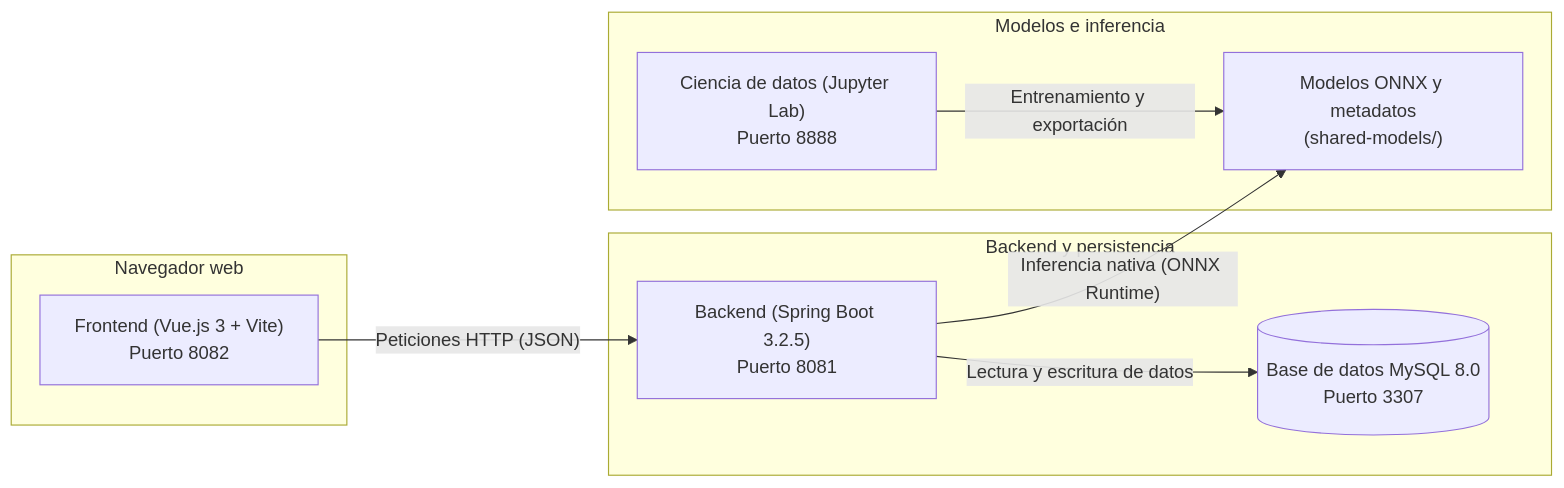
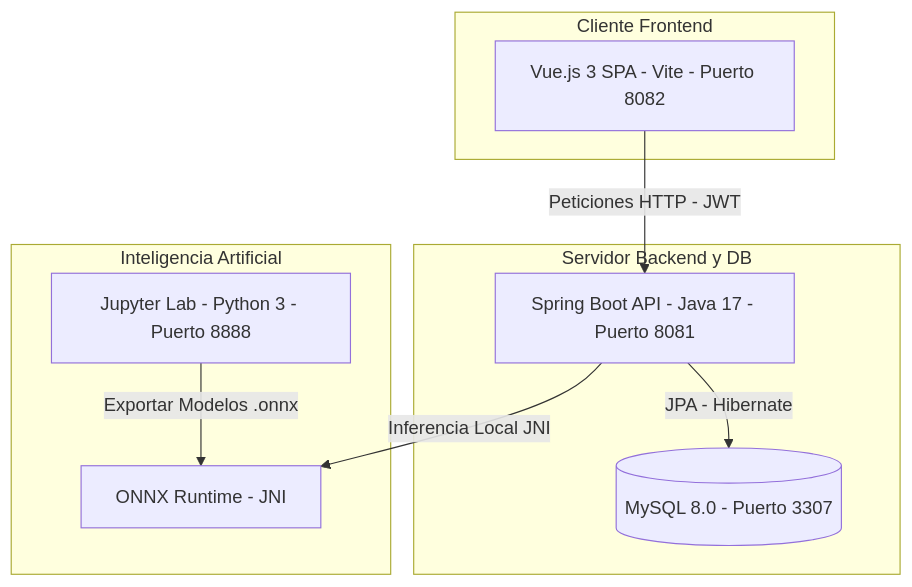
The first of 2 diagrams in README.md (No-Country-simulation/G9-LATAM-Team-11-FinanceAI), drawn with Mermaid before and after one commit. The commit also changed other lines of this file, not shown here.

````diff
--- a/README.md
+++ b/README.md
@@ -16,21 +63,21 @@
 ```mermaid
-flowchart LR
-    subgraph Usuario["Navegador web"]
-        UI["Frontend (Vue.js 3 + Vite)\nPuerto 8082"]
+flowchart TD
+    subgraph Client [Cliente Frontend]
+        UI[Vue.js 3 SPA - Vite - Puerto 8082]
     end
 
-    subgraph Servidor["Backend y persistencia"]
-        API["Backend (Spring Boot 3.2.5)\nPuerto 8081"]
-        DB[("Base de datos MySQL 8.0\nPuerto 3307")]
+    subgraph Server [Servidor Backend y DB]
+        API[Spring Boot API - Java 17 - Puerto 8081]
+        DB[(MySQL 8.0 - Puerto 3307)]
     end
 
-    subgraph InteligenciaArtificial["Modelos e inferencia"]
-        ONNX["Modelos ONNX y metadatos\n(shared-models/)"]
-        DS["Ciencia de datos (Jupyter Lab)\nPuerto 8888"]
+    subgraph AI [Inteligencia Artificial]
+        ONNX[ONNX Runtime - JNI]
+        Jupyter[Jupyter Lab - Python 3 - Puerto 8888]
     end
 
-    UI -->|"Peticiones HTTP (JSON)"| API
-    API -->|"Lectura y escritura de datos"| DB
-    API -->|"Inferencia nativa (ONNX Runtime)"| ONNX
-    DS -->|"Entrenamiento y exportación"| ONNX
+    UI -->|Peticiones HTTP - JWT| API
+    API -->|JPA - Hibernate| DB
+    API -->|Inferencia Local JNI| ONNX
+    Jupyter -->|Exportar Modelos .onnx| ONNX
 ```
````
